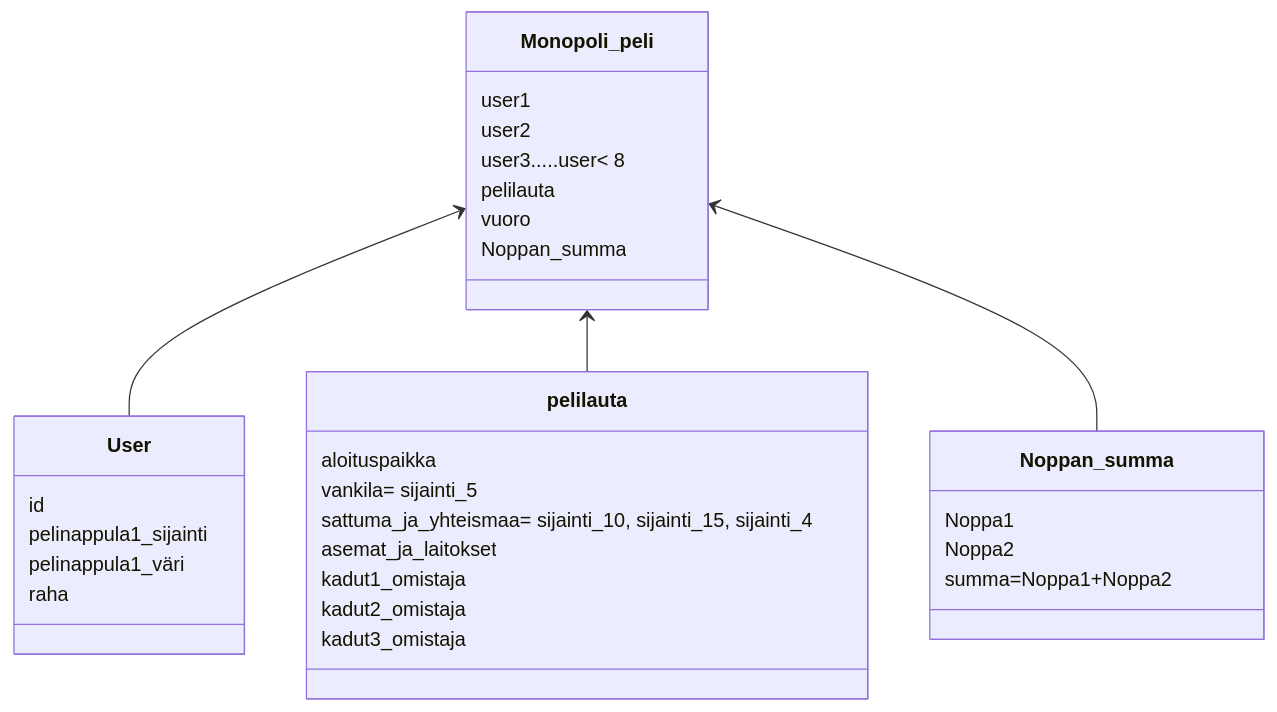
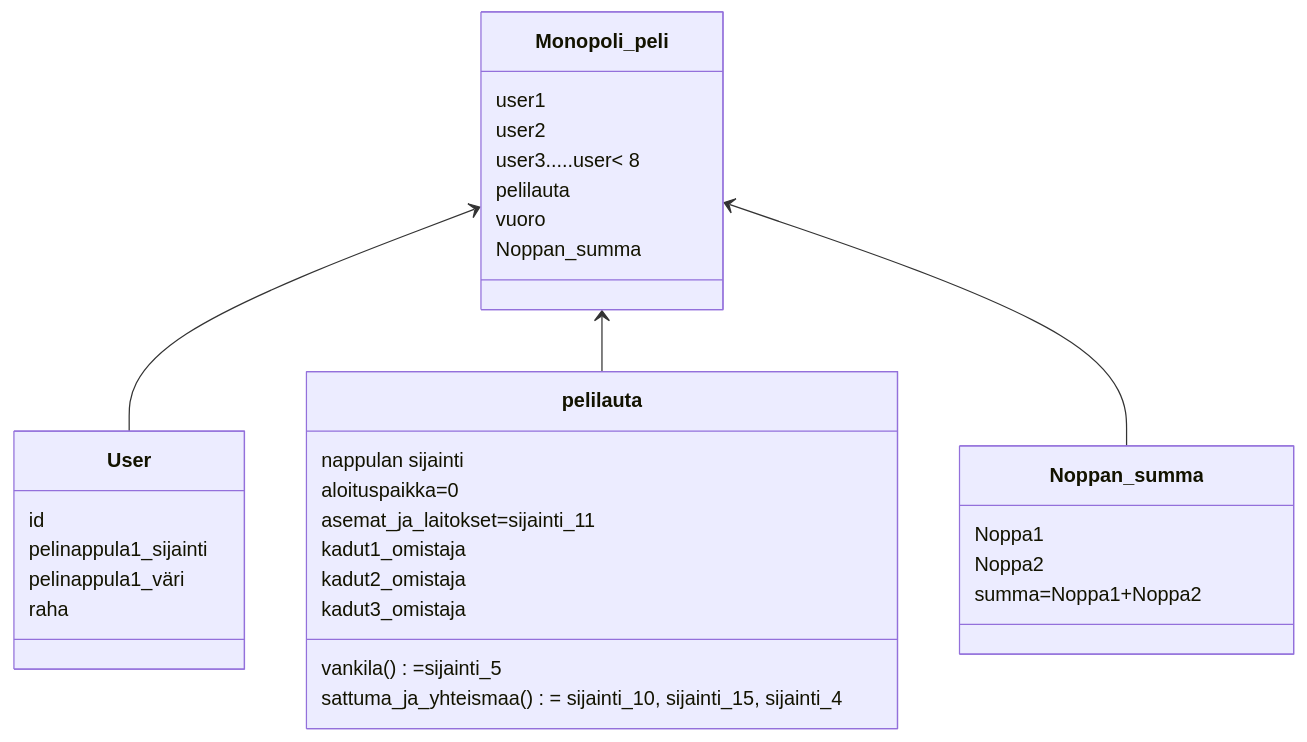
One commit to ds20220914/ohjelmistotekniikka changed the diagram in laskarit/viikko3/monopoli.md. Above: the diagram before and after it, drawn with Mermaid.

Commit message:
monopoli kaavio

````diff
--- a/laskarit/viikko3/monopoli.md
+++ b/laskarit/viikko3/monopoli.md
@@ -1,36 +1,37 @@
 ```mermaid
  classDiagram
       Monopoli_peli <-- User
       Monopoli_peli <-- pelilauta
       Monopoli_peli  <-- Noppan_summa
       class Monopoli_peli{
           user1
           user2
           user3.....user< 8
           pelilauta
           vuoro
           Noppan_summa
       }
       class User{
           id
           pelinappula1_sijainti
           pelinappula1_väri
 	  raha
       }
       class pelilauta{
-          aloituspaikka
-          vankila= sijainti_5
-          sattuma_ja_yhteismaa= sijainti_10, sijainti_15, sijainti_4
-          asemat_ja_laitokset
+          nappulan sijainti
+          aloituspaikka=0
+          vankila()=sijainti_5
+          sattuma_ja_yhteismaa()= sijainti_10, sijainti_15, sijainti_4
+          asemat_ja_laitokset=sijainti_11
           kadut1_omistaja
           kadut2_omistaja
           kadut3_omistaja
           
      }
       class Noppan_summa{
           Noppa1
           Noppa2
           summa=Noppa1+Noppa2       
       }
 
 ```
````
